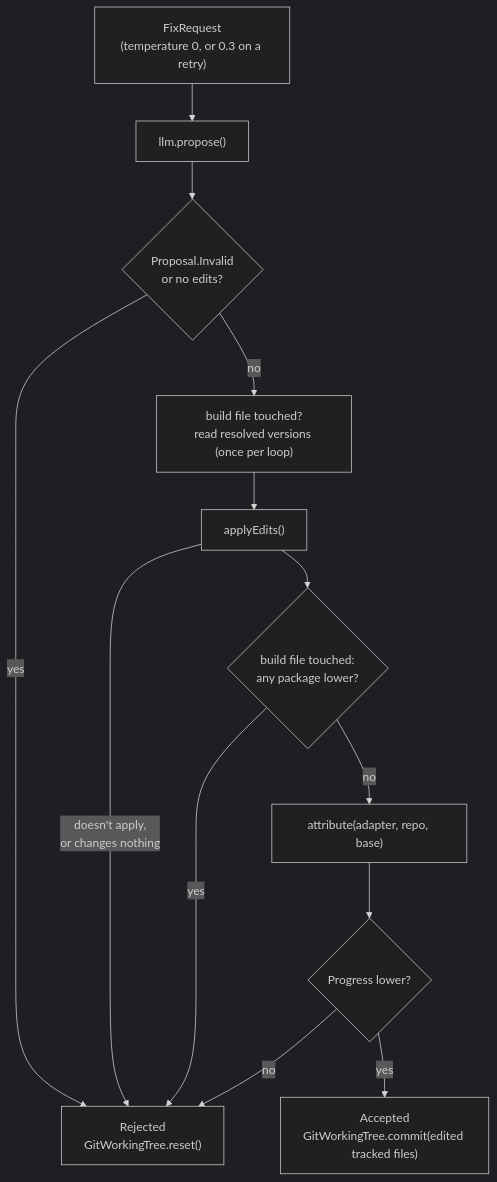
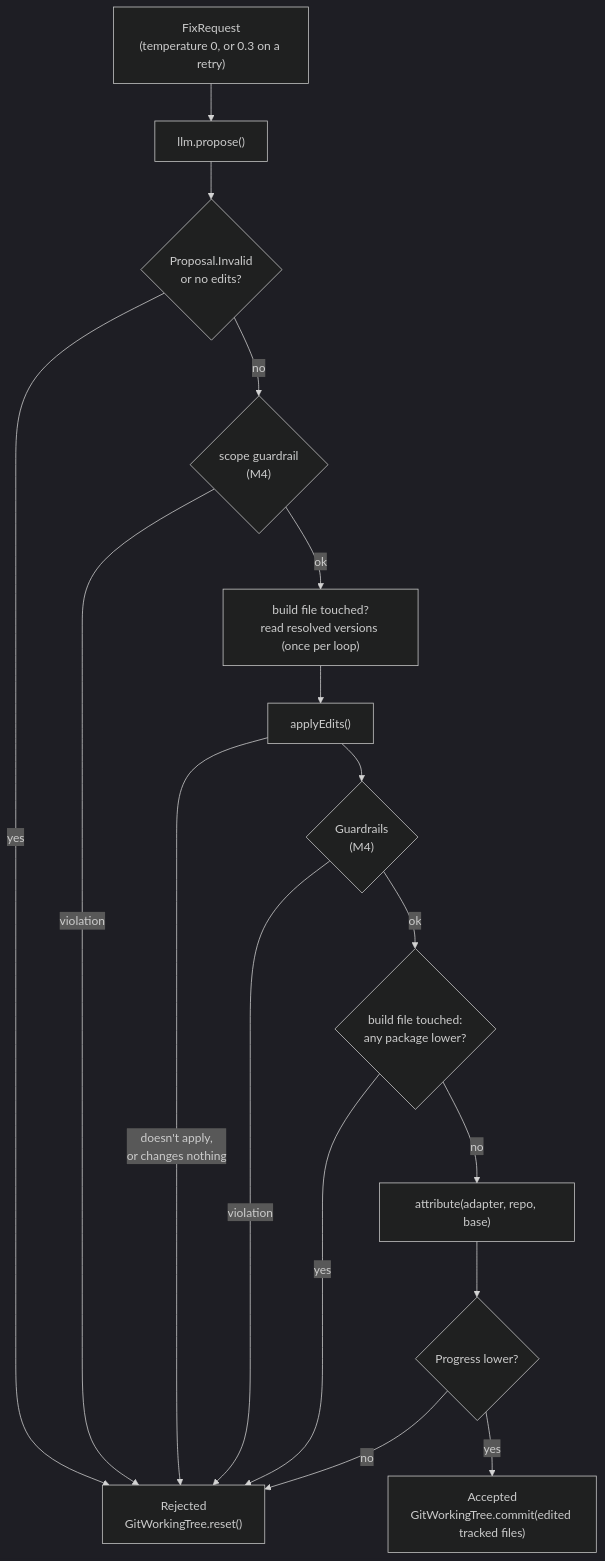
Before and after one commit to danvan86/lector-ai: the fourth of 4 diagrams in docs/architecture/fix-loop.md, drawn with Mermaid (dark theme). The commit also changed other lines of this file and 4 other files, not shown here.

First line of the commit message:
docs(architecture): document the guardrails

````diff
--- a/docs/architecture/fix-loop.md
+++ b/docs/architecture/fix-loop.md
@@ -105,15 +105,19 @@
 ```mermaid
 flowchart TB
     req["FixRequest<br/>(temperature 0, or 0.3 on a retry)"] --> propose["llm.propose()"]
     propose --> invalid{"Proposal.Invalid<br/>or no edits?"}
     invalid -- yes --> rej["Rejected<br/>GitWorkingTree.reset()"]
-    invalid -- no --> before["build file touched?<br/>read resolved versions (once per loop)"]
+    invalid -- no --> scope{"scope guardrail<br/>(M4)"}
+    scope -- violation --> rej
+    scope -- ok --> before["build file touched?<br/>read resolved versions (once per loop)"]
     before --> apply["applyEdits()"]
     apply -- "doesn't apply,<br/>or changes nothing" --> rej
-    apply --> down{"build file touched:<br/>any package lower?"}
+    apply --> guard{"Guardrails<br/>(M4)"}
+    guard -- violation --> rej
+    guard -- ok --> down{"build file touched:<br/>any package lower?"}
     down -- yes --> rej
     down -- no --> verify["attribute(adapter, repo, base)"]
     verify --> prog{"Progress lower?"}
     prog -- no --> rej
     prog -- yes --> acc["Accepted<br/>GitWorkingTree.commit(edited tracked files)"]
 ```
````
